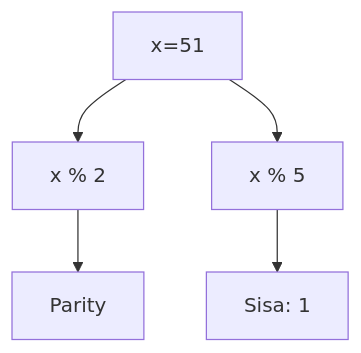
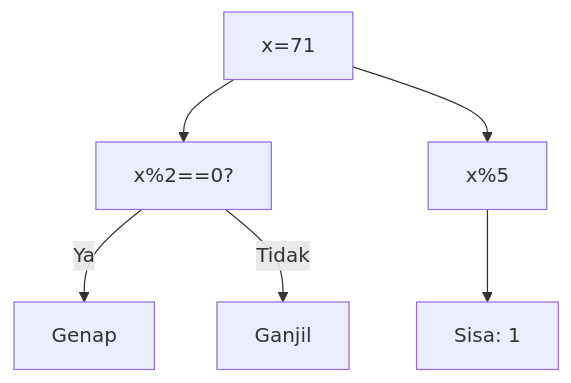
One commit to amnahwaida/OSNK_INF_PREP changed the first of 25 diagrams in part-c-pemahaman-cpp/04-fungsi/latihan/set-10.md. Above: the diagram before and after it, drawn with Mermaid. The commit also changed other lines of this file and 71 other files, not shown here.

Commit message:
Fixed Mermaid syntax lexical errors with quoted labels in 1,800 questions

````diff
--- a/part-c-pemahaman-cpp/04-fungsi/latihan/set-10.md
+++ b/part-c-pemahaman-cpp/04-fungsi/latihan/set-10.md
@@ -54,7 +23,8 @@
 ```mermaid
 graph TD
-A[x=51] --> B[x % 2]
-B --> C[Parity]
-A --> D[x % 5]
-D --> E[Sisa: 1]
+A["x=71"] --> B["x%2==0?"]
+B -- Ya --> C["Genap"]
+B -- Tidak --> D["Ganjil"]
+A --> E["x%5"]
+E --> F["Sisa: 1"]
 ```
````
